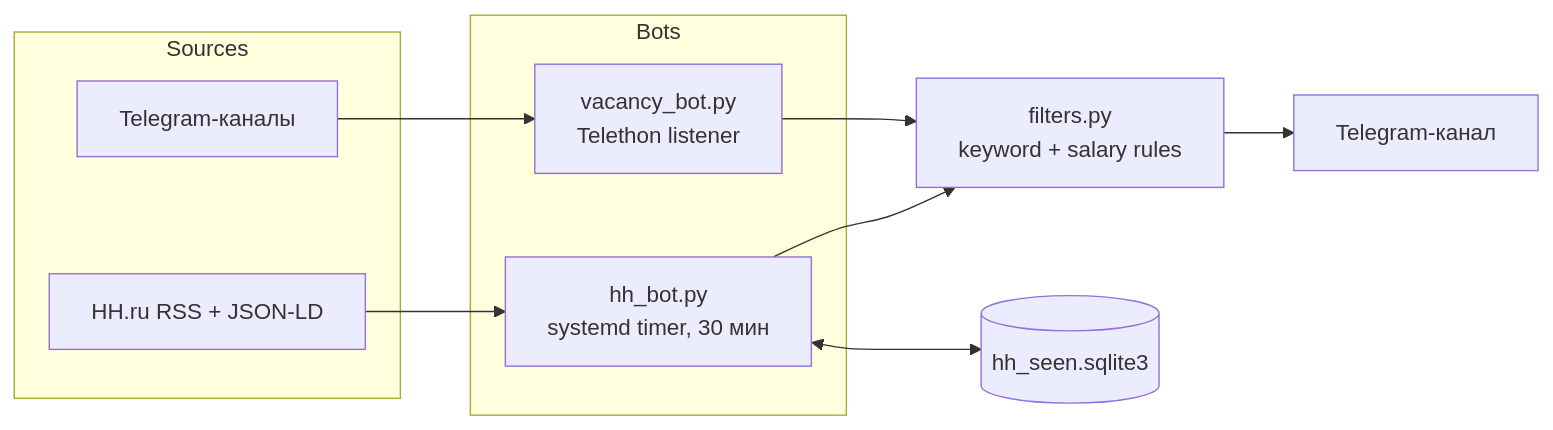
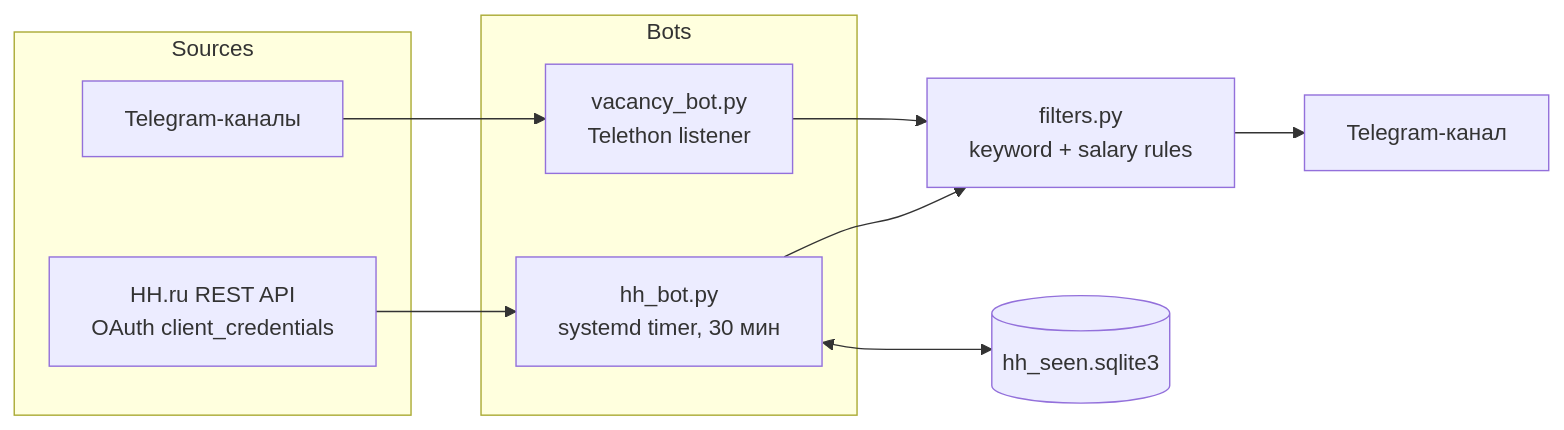
Before and after one commit to aos-developer-sys/vacancy-bot: the diagram in README.md, drawn with Mermaid. The commit also changed other lines of this file and 5 other files, not shown here.

````diff
--- a/README.md
+++ b/README.md
@@ -32,21 +33,21 @@
 ```mermaid
 flowchart LR
     subgraph Sources
         TG[Telegram-каналы]
-        HH[HH.ru RSS + JSON-LD]
+        HH[HH.ru REST API<br/>OAuth client_credentials]
     end
     subgraph Bots
         VB[vacancy_bot.py<br/>Telethon listener]
         HB[hh_bot.py<br/>systemd timer, 30 мин]
     end
     F[filters.py<br/>keyword + salary rules]
     DB[(hh_seen.sqlite3)]
     OUT[Telegram-канал]
 
     TG --> VB
     HH --> HB
     HB <--> DB
     VB --> F
     HB --> F
     F --> OUT
 ```
````
